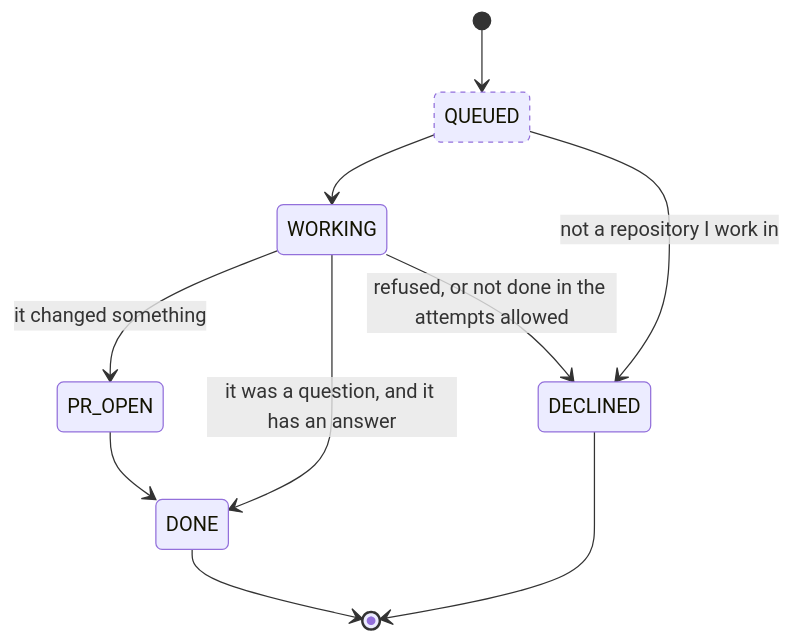
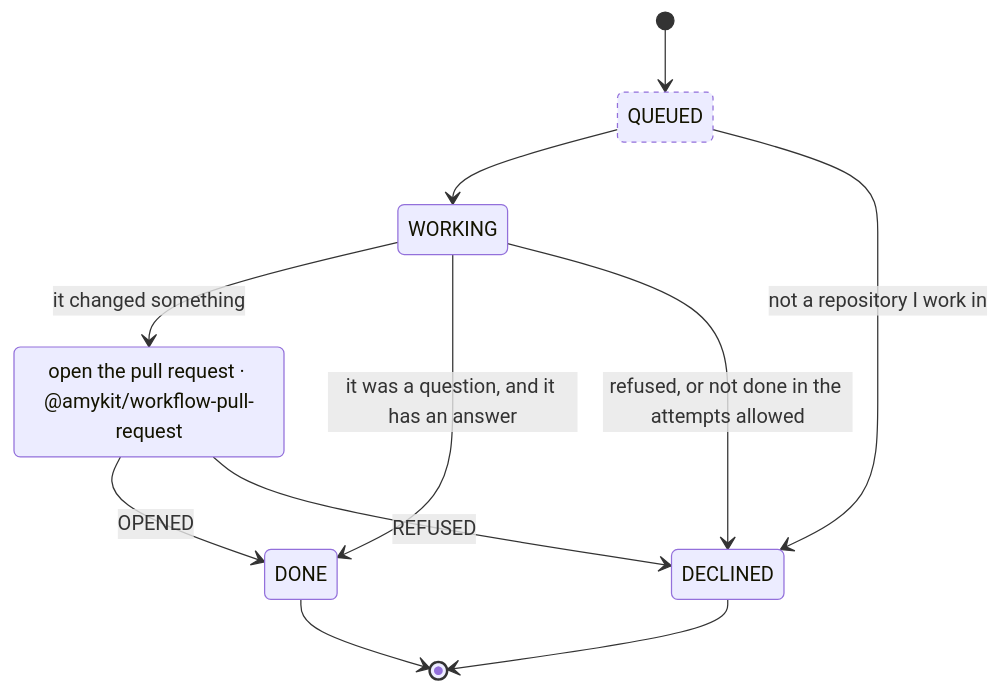
The diagram in packages/workflow-errand/workflow.mmd (nicolasmelo1/amy), drawn with Mermaid before and after one commit. The commit also changed 30 other files, not shown here.

First line of the commit message:
feat: note-to-plan and the errand open their pull requests by a call

```diff
--- a/packages/workflow-errand/workflow.mmd
+++ b/packages/workflow-errand/workflow.mmd
@@ -1,18 +1,22 @@
 stateDiagram-v2
     %% Something said in passing, done by an agent: a pull request when it
     %% changed something, an answer when it was a question, or handed back.
     %% QUEUED waits only when the ceiling on errands in flight is reached;
-    %% nothing here waits on a person, or it would have been a ticket.
+    %% nothing here waits on a person, or it would have been a ticket. PR_OPEN
+    %% calls the shipped pull-request workflow, and leaves on the end it reached.
     classDef waiting stroke-dasharray: 4 4
 
     [*] --> QUEUED
     QUEUED --> WORKING
     WORKING --> PR_OPEN: it changed something
-    PR_OPEN --> DONE
+    state "open the pull request · @amykit/workflow-pull-request" as PR_OPEN
+    PR_OPEN --> DONE: OPENED
+    PR_OPEN --> DECLINED: REFUSED
     WORKING --> DONE: it was a question, and it has an answer
     QUEUED --> DECLINED: not a repository I work in
     WORKING --> DECLINED: refused, or not done in the attempts allowed
     DONE --> [*]
     DECLINED --> [*]
 
     class QUEUED waiting
+    class PR_OPEN call
```
